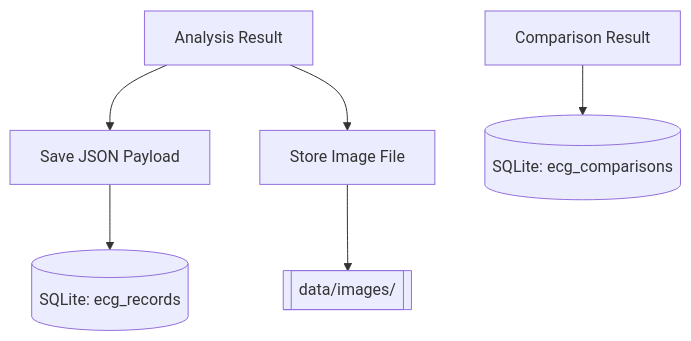
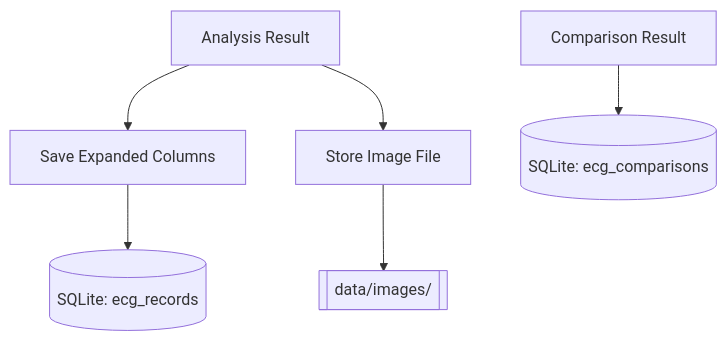
One commit to maheshhatolkar/ECGComparisonPython changed the fourth of 4 diagrams in DESIGN.md. Above: the diagram before and after it, drawn with Mermaid. The commit also changed other lines of this file and 5 other files, not shown here.

````diff
--- a/DESIGN.md
+++ b/DESIGN.md
@@ -159,8 +159,8 @@
 ```mermaid
 flowchart TB
-   A[Analysis Result] --> B[Save JSON Payload]
+   A[Analysis Result] --> B[Save Expanded Columns]
    A --> C[Store Image File]
    B --> D[(SQLite: ecg_records)]
    C --> E[[data/images/]]
    F[Comparison Result] --> G[(SQLite: ecg_comparisons)]
 ```
````
